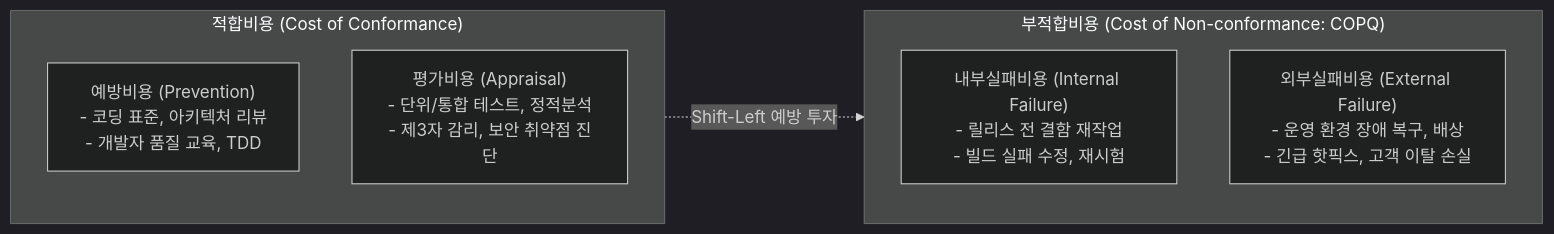
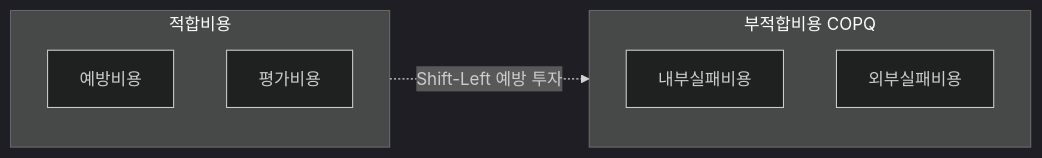
The second of 3 diagrams in src/content/docs/notes/itpe/01-it-strategy/106_cost_of_quality_coq.md (agnusdei1207/study), drawn with Mermaid (dark theme) before and after one commit. The commit also changed other lines of this file and 18 other files, not shown here.

````diff
--- a/src/content/docs/notes/itpe/01-it-strategy/106_cost_of_quality_coq.md
+++ b/src/content/docs/notes/itpe/01-it-strategy/106_cost_of_quality_coq.md
@@ -80,12 +78,12 @@
 ```mermaid
 flowchart LR
-    subgraph CONFORMANCE["적합비용 (Cost of Conformance)"]
-        P["예방비용 (Prevention)<br/>- 코딩 표준, 아키텍처 리뷰<br/>- 개발자 품질 교육, TDD"]
-        A["평가비용 (Appraisal)<br/>- 단위/통합 테스트, 정적분석<br/>- 제3자 감리, 보안 취약점 진단"]
+    subgraph CONFORMANCE["적합비용"]
+        P["예방비용"]
+        A["평가비용"]
     end
-    subgraph NON_CONFORMANCE["부적합비용 (Cost of Non-conformance: COPQ)"]
-        IF["내부실패비용 (Internal Failure)<br/>- 릴리스 전 결함 재작업<br/>- 빌드 실패 수정, 재시험"]
-        EF["외부실패비용 (External Failure)<br/>- 운영 환경 장애 복구, 배상<br/>- 긴급 핫픽스, 고객 이탈 손실"]
+    subgraph NON_CONFORMANCE["부적합비용 COPQ"]
+        IF["내부실패비용"]
+        EF["외부실패비용"]
     end
     CONFORMANCE -.->|Shift-Left 예방 투자| NON_CONFORMANCE
 ```
````
